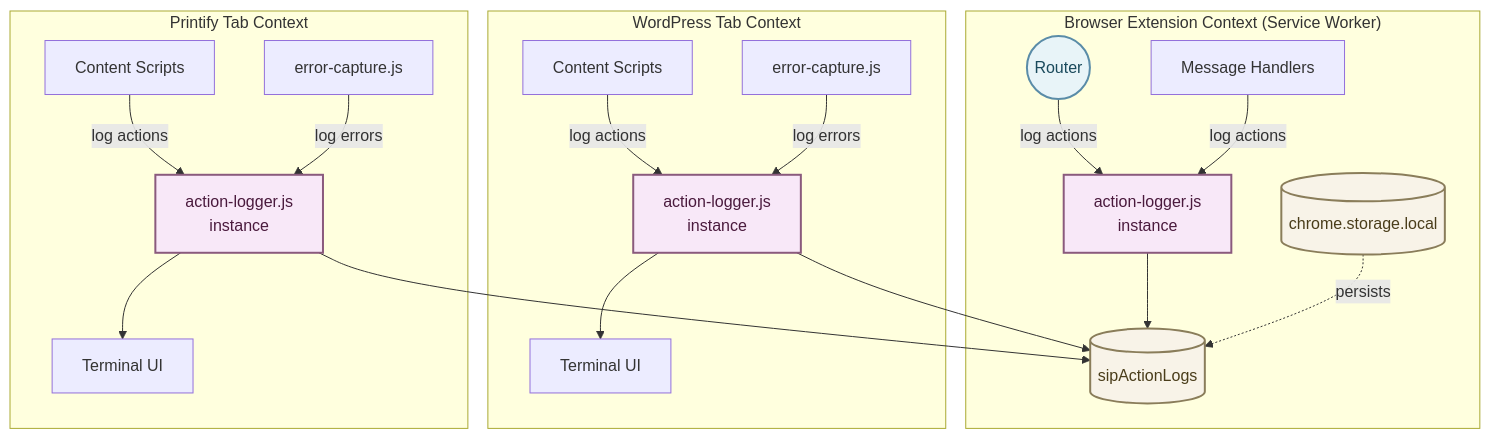
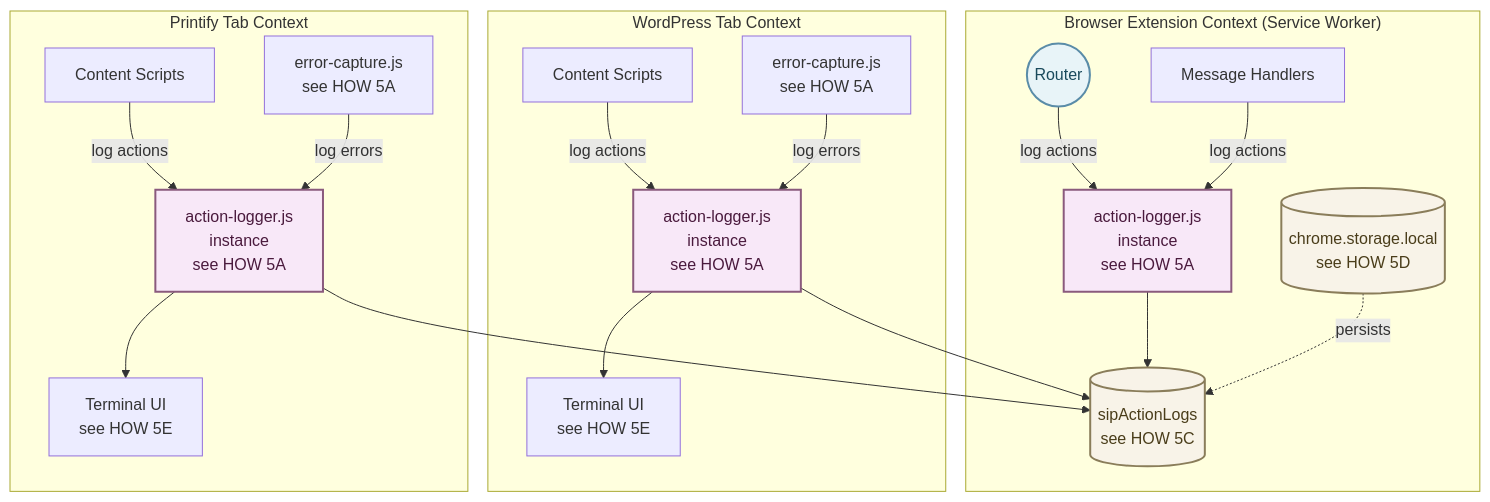
The fourth of 6 diagrams in guidelines/sip-printify-manager-extension-guidelines-v2.md (tdemelle-SiP/.claude), drawn with Mermaid before and after one commit. The commit also changed other lines of this file and 1 other file, not shown here.

````diff
--- a/guidelines/sip-printify-manager-extension-guidelines-v2.md
+++ b/guidelines/sip-printify-manager-extension-guidelines-v2.md
@@ -707,47 +458,47 @@
 ```mermaid
 graph TD
   subgraph "Browser Extension Context (Service Worker)"
     Router((Router))
     Handlers[Message Handlers]
-    Storage[(chrome.storage.local)]
-    ActionLog[(sipActionLogs)]
+    Storage[(chrome.storage.local<br/>see HOW 5D)]
+    ActionLog[(sipActionLogs<br/>see HOW 5C)]
     
-    Router --> |log actions| AL_SW[action-logger.js<br/>instance]
+    Router --> |log actions| AL_SW[action-logger.js<br/>instance<br/>see HOW 5A]
     Handlers --> |log actions| AL_SW
     AL_SW --> ActionLog
     Storage -. persists .-> ActionLog
   end
   
   subgraph "WordPress Tab Context"
     WPScripts[Content Scripts]
-    WPError[error-capture.js]
-    AL_WP[action-logger.js<br/>instance]
-    Terminal1[Terminal UI]
+    WPError[error-capture.js<br/>see HOW 5A]
+    AL_WP[action-logger.js<br/>instance<br/>see HOW 5A]
+    Terminal1[Terminal UI<br/>see HOW 5E]
     
     WPScripts --> |log actions| AL_WP
     WPError --> |log errors| AL_WP
     AL_WP --> ActionLog
     AL_WP --> Terminal1
   end
   
   subgraph "Printify Tab Context"
     PScripts[Content Scripts]
-    PError[error-capture.js]
-    AL_P[action-logger.js<br/>instance]
-    Terminal2[Terminal UI]
+    PError[error-capture.js<br/>see HOW 5A]
+    AL_P[action-logger.js<br/>instance<br/>see HOW 5A]
+    Terminal2[Terminal UI<br/>see HOW 5E]
     
     PScripts --> |log actions| AL_P
     PError --> |log errors| AL_P
     AL_P --> ActionLog
     AL_P --> Terminal2
   end
   
   %% Apply styles to match main architecture
   classDef routerStyle fill:#e8f4f8,stroke:#5a8ca8,stroke-width:2px,color:#1a4a5c
   classDef storageStyle fill:#f8f3e8,stroke:#8a7d5a,stroke-width:2px,color:#4a3d1a
   classDef loggerStyle fill:#f8e8f8,stroke:#8a5a7d,stroke-width:2px,color:#4a1a3d
   
   class Router routerStyle
   class Storage,ActionLog storageStyle
   class AL_SW,AL_WP,AL_P loggerStyle
 ```
````
